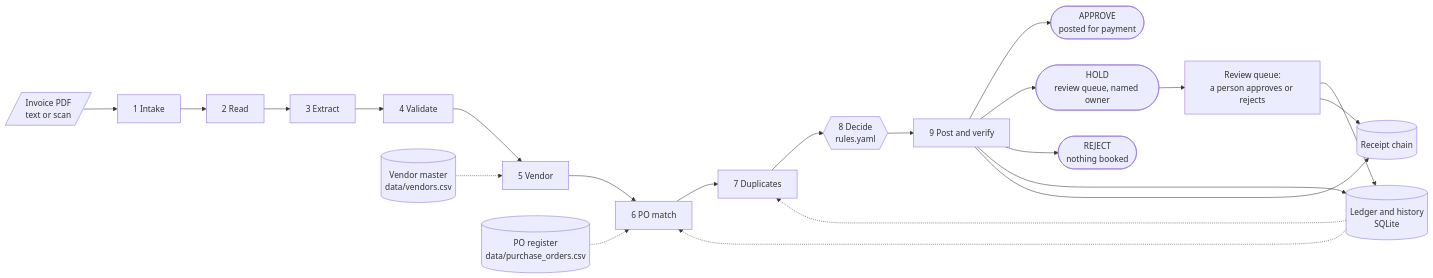
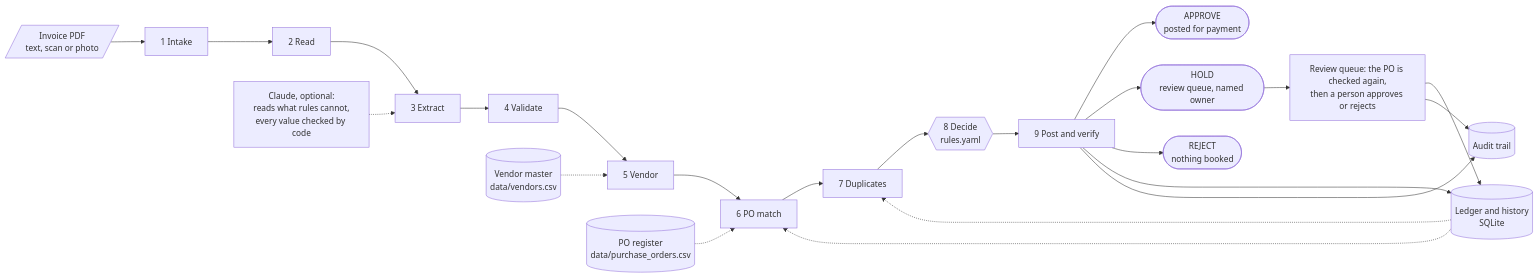
Before and after one commit to hariom-s27/zamp_agent: the diagram in README.md, drawn with Mermaid. The commit also changed other lines of this file and 198 other files, not shown here.

Commit message:
Round 2: audit fixes, Claude layer, robustness set, guided demo

````diff
--- a/README.md
+++ b/README.md
@@ -49,17 +52,18 @@
 ```mermaid
 flowchart LR
-    PDF[/"Invoice PDF<br/>text or scan"/] --> S1[1 Intake] --> S2[2 Read] --> S3[3 Extract]
+    PDF[/"Invoice PDF<br/>text, scan or photo"/] --> S1[1 Intake] --> S2[2 Read] --> S3[3 Extract]
     S3 --> S4[4 Validate] --> S5[5 Vendor] --> S6[6 PO match] --> S7[7 Duplicates]
     S7 --> S8{{"8 Decide<br/>rules.yaml"}} --> S9[9 Post and verify]
     S9 --> A(["APPROVE<br/>posted for payment"])
     S9 --> H(["HOLD<br/>review queue, named owner"])
     S9 --> R(["REJECT<br/>nothing booked"])
     VM[("Vendor master<br/>data/vendors.csv")] -.-> S5
     PO[("PO register<br/>data/purchase_orders.csv")] -.-> S6
     L[("Ledger and history<br/>SQLite")] -.-> S6
     L -.-> S7
     S9 --> L
-    S9 --> RC[("Receipt chain")]
-    H --> RV["Review queue:<br/>a person approves or rejects"] --> L
+    S9 --> RC[("Audit trail")]
+    AI["Claude, optional:<br/>reads what rules cannot,<br/>every value checked by code"] -.-> S3
+    H --> RV["Review queue: the PO is checked again,<br/>then a person approves or rejects"] --> L
     RV --> RC
 ```
````
